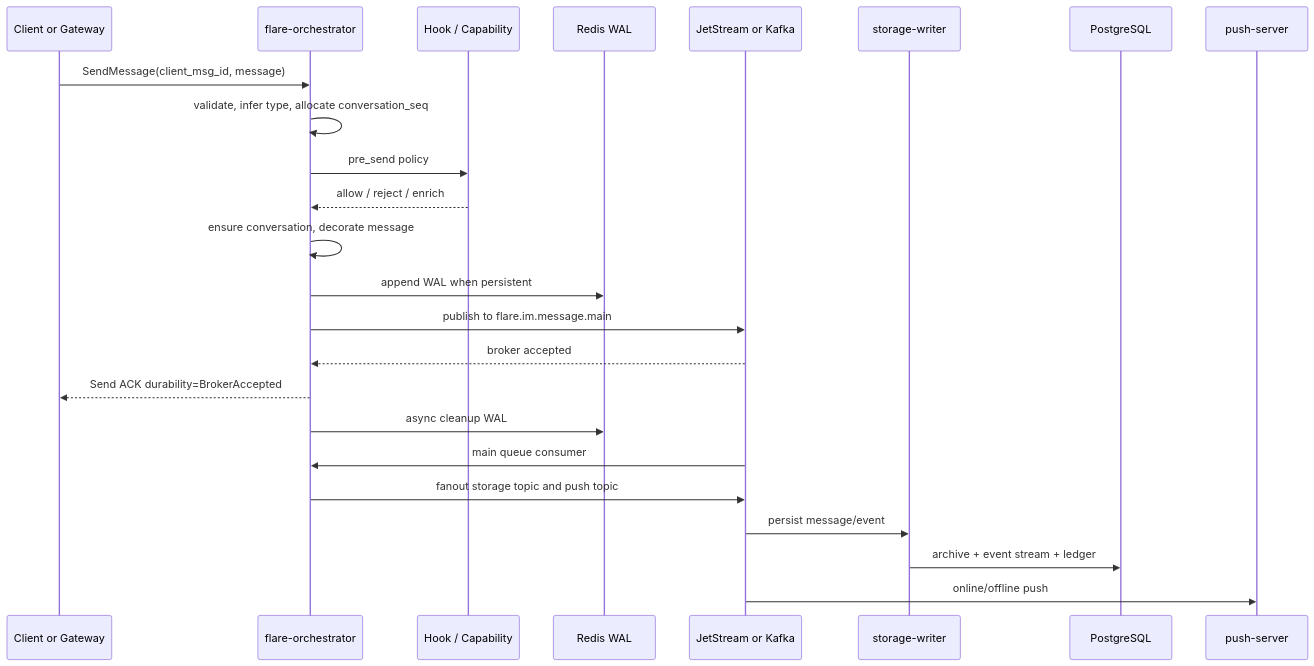
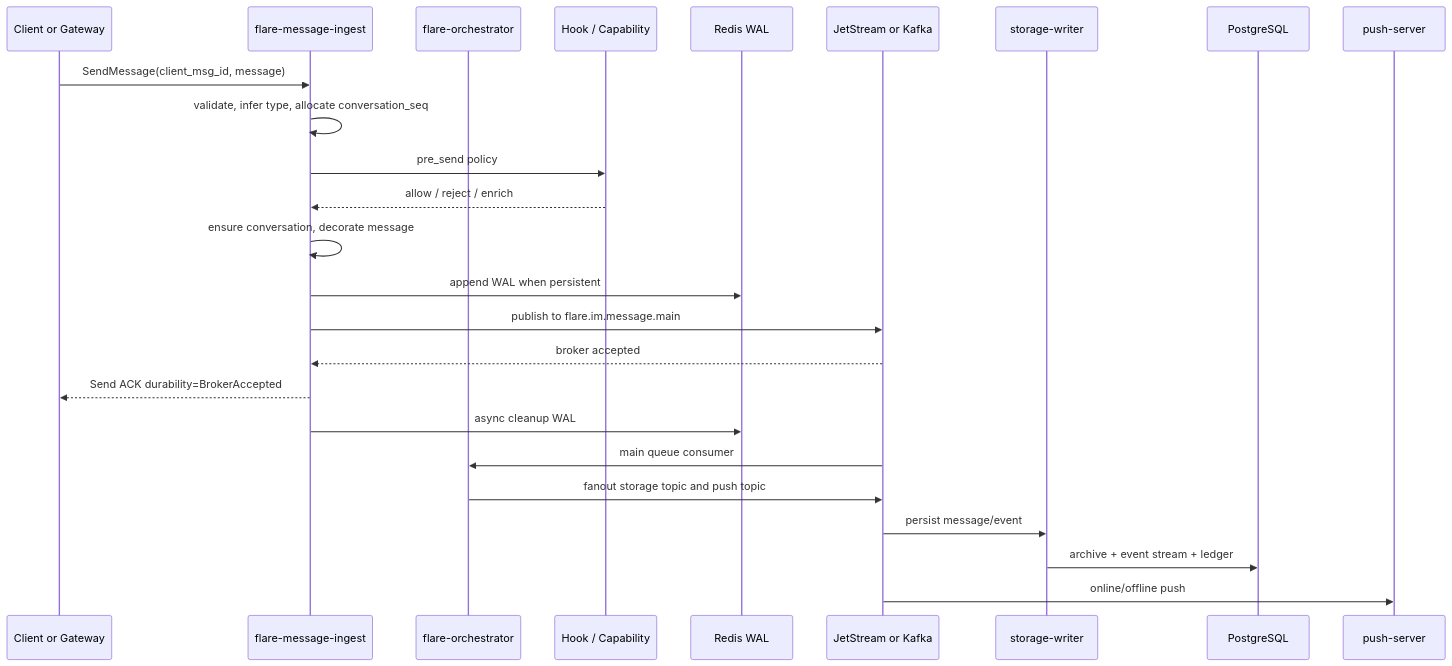
The second of 2 diagrams in README.md (flare-im/flare-im-core-server), drawn with Mermaid before and after one commit. The commit also changed other lines of this file and 555 other files, not shown here.

Commit message:
chore(im-core): checkpoint architecture boundary refactor

````diff
--- a/README.md
+++ b/README.md
@@ -80,27 +86,28 @@
 ```mermaid
 sequenceDiagram
     participant Client as Client or Gateway
+    participant I as flare-message-ingest
     participant O as flare-orchestrator
     participant H as Hook / Capability
     participant W as Redis WAL
     participant MQ as JetStream or Kafka
     participant SW as storage-writer
     participant DB as PostgreSQL
     participant P as push-server
 
-    Client->>O: SendMessage(client_msg_id, message)
-    O->>O: validate, infer type, allocate conversation_seq
-    O->>H: pre_send policy
-    H-->>O: allow / reject / enrich
-    O->>O: ensure conversation, decorate message
-    O->>W: append WAL when persistent
-    O->>MQ: publish to flare.im.message.main
-    MQ-->>O: broker accepted
-    O-->>Client: Send ACK durability=BrokerAccepted
-    O->>W: async cleanup WAL
+    Client->>I: SendMessage(client_msg_id, message)
+    I->>I: validate, infer type, allocate conversation_seq
+    I->>H: pre_send policy
+    H-->>I: allow / reject / enrich
+    I->>I: ensure conversation, decorate message
+    I->>W: append WAL when persistent
+    I->>MQ: publish to flare.im.message.main
+    MQ-->>I: broker accepted
+    I-->>Client: Send ACK durability=BrokerAccepted
+    I->>W: async cleanup WAL
     MQ->>O: main queue consumer
     O->>MQ: fanout storage topic and push topic
     MQ->>SW: persist message/event
     SW->>DB: archive + event stream + ledger
     MQ->>P: online/offline push
 ```
````
